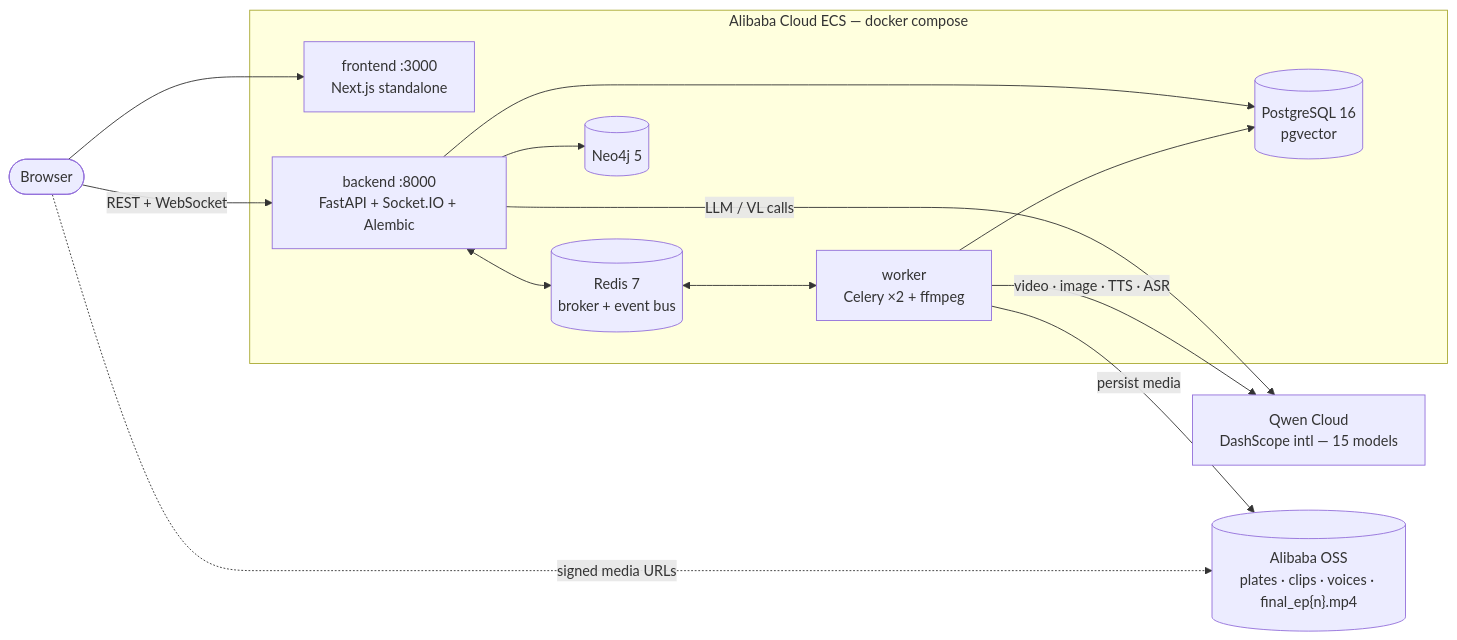
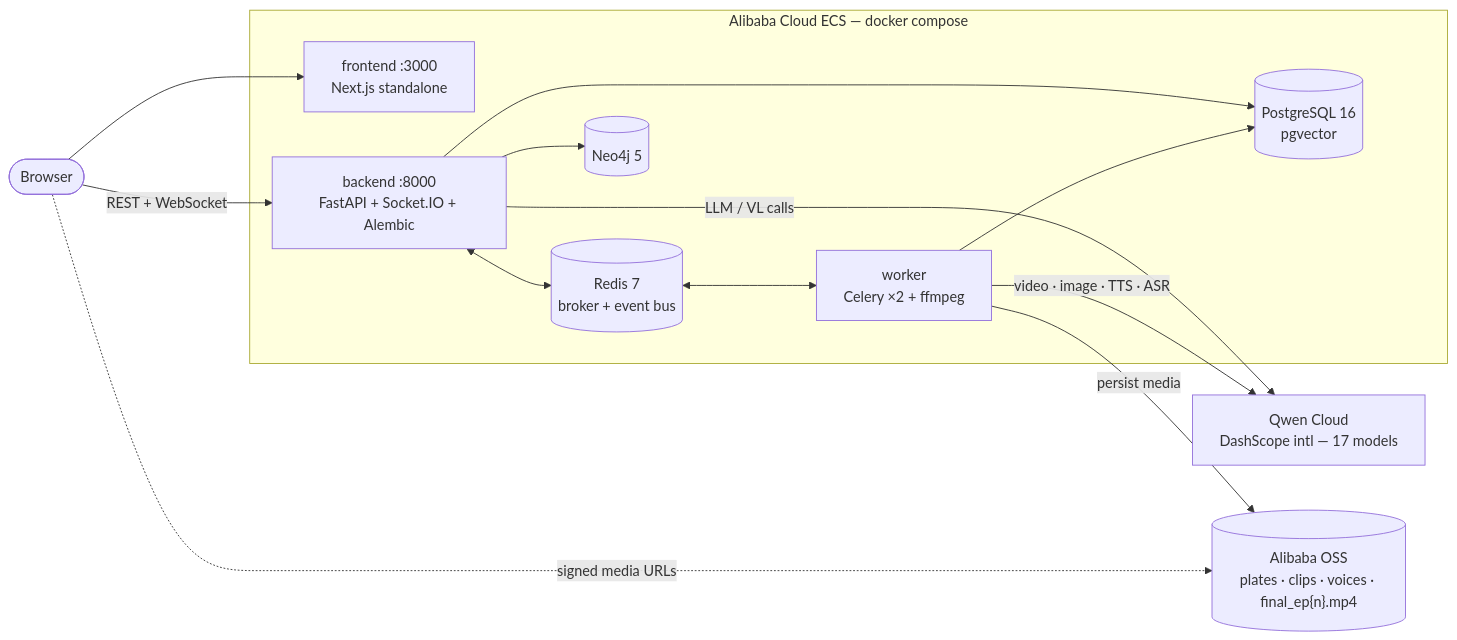
The third of 3 diagrams in README.md (RextonRZ/Rexgent), drawn with Mermaid before and after one commit. The commit also changed other lines of this file and 8 other files, not shown here.

````diff
--- a/README.md
+++ b/README.md
@@ -340,25 +341,25 @@
 ```mermaid
 flowchart LR
     U([Browser])
     subgraph ECS["Alibaba Cloud ECS — docker compose"]
         FE2["frontend :3000<br/>Next.js standalone"]
         BE["backend :8000<br/>FastAPI + Socket.IO + Alembic"]
         WK2["worker<br/>Celery ×2 + ffmpeg"]
         RD2[("Redis 7<br/>broker + event bus")]
         DB[("PostgreSQL 16<br/>pgvector")]
         N4[("Neo4j 5")]
     end
-    DS["Qwen Cloud<br/>DashScope intl — 15 models"]
+    DS["Qwen Cloud<br/>DashScope intl — 17 models"]
     OSS2[("Alibaba OSS<br/>plates · clips · voices · final_ep{n}.mp4")]
 
     U --> FE2
     U -- "REST + WebSocket" --> BE
     BE <--> RD2
     RD2 <--> WK2
     BE --> DB & N4
     WK2 --> DB
     BE -- "LLM / VL calls" --> DS
     WK2 -- "video · image · TTS · ASR" --> DS
     WK2 -- "persist media" --> OSS2
     U -. "signed media URLs" .-> OSS2
 ```
````
